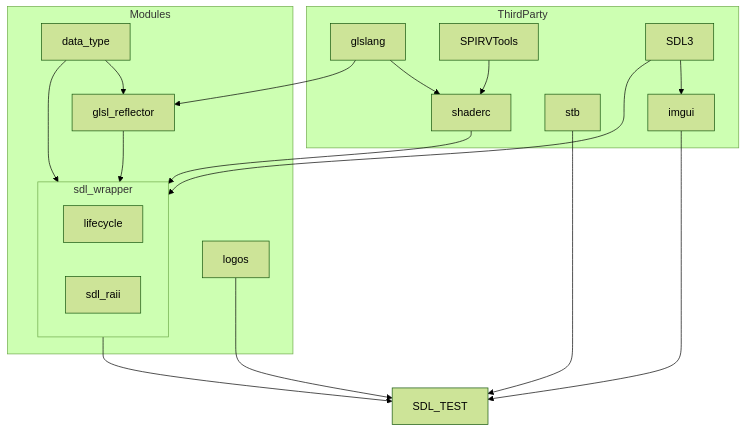
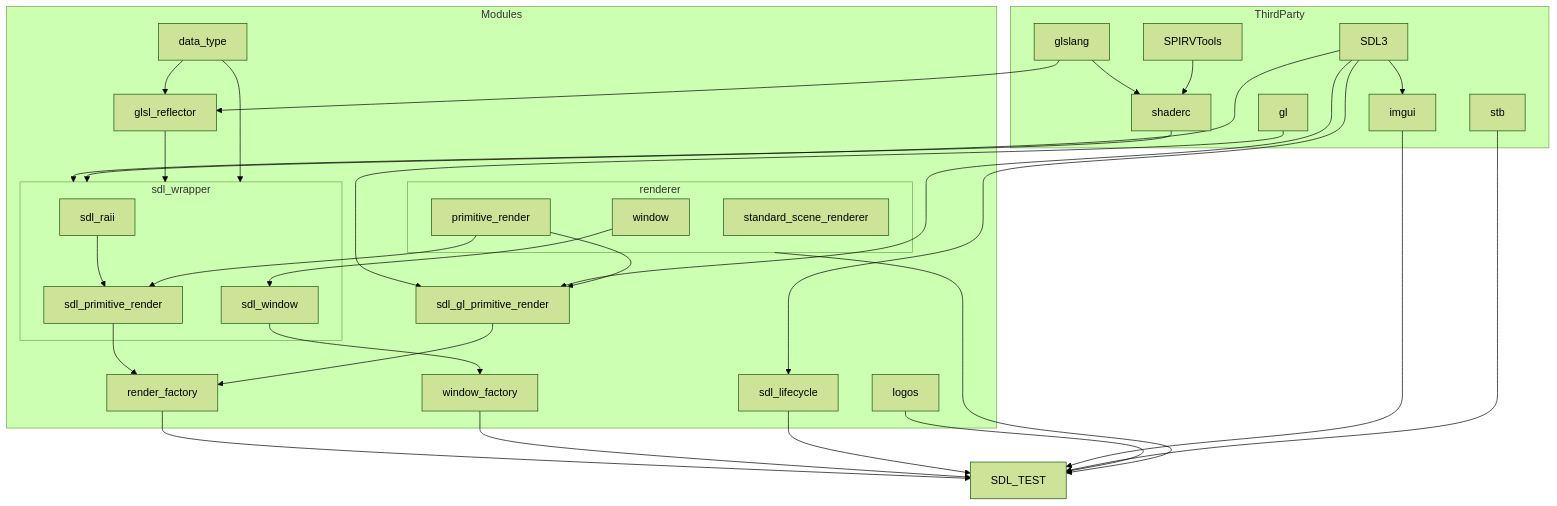
One commit to WSQS/sdl_test changed the diagram in README.md. Above: the diagram before and after it, drawn with Mermaid (forest theme). The commit also changed other lines of this file and 33 other files, not shown here.

First line of the commit message:
Primitive renderer (#47)

````diff
--- a/README.md
+++ b/README.md
@@ -7,42 +7,73 @@
 ```mermaid
 graph TD
 
     subgraph ThirdParty
         glslang
         shaderc
         SPIRVTools
         SDL3
         stb
         imgui
+        gl
     end
 
     subgraph Modules
         data_type
         glsl_reflector
         sdl_wrapper
         logos
+        render_factory
+        sdl_gl_primitive_render
+        sdl_lifecycle
+        window_factory
+        renderer
     end
     
     subgraph sdl_wrapper
-        lifecycle
         sdl_raii
+        sdl_primitive_render
+        sdl_window
     end
+
+  subgraph renderer
+    window
+    primitive_render
+    standard_scene_renderer
+  end
 
     glslang --> shaderc
     SPIRVTools --> shaderc
 
     SDL3 --> imgui
 
     glslang --> glsl_reflector
     data_type --> glsl_reflector
 
     shaderc --> sdl_wrapper
     SDL3 --> sdl_wrapper
     glsl_reflector --> sdl_wrapper
     data_type --> sdl_wrapper
     
+    sdl_raii --> sdl_primitive_render
+    
+    gl --> sdl_gl_primitive_render
+    SDL3 --> sdl_gl_primitive_render
+
+    primitive_render --> sdl_primitive_render
+    primitive_render --> sdl_gl_primitive_render
+    sdl_primitive_render --> render_factory
+    sdl_gl_primitive_render --> render_factory
+    render_factory --> SDL_TEST
+    
+    window --> sdl_window
+    sdl_window --> window_factory
+    window_factory --> SDL_TEST
+    
+    SDL3 --> sdl_lifecycle
+
+    renderer --> SDL_TEST
+    sdl_lifecycle --> SDL_TEST
     imgui --> SDL_TEST
-    sdl_wrapper --> SDL_TEST
     stb --> SDL_TEST
     logos --> SDL_TEST
 ```
````
